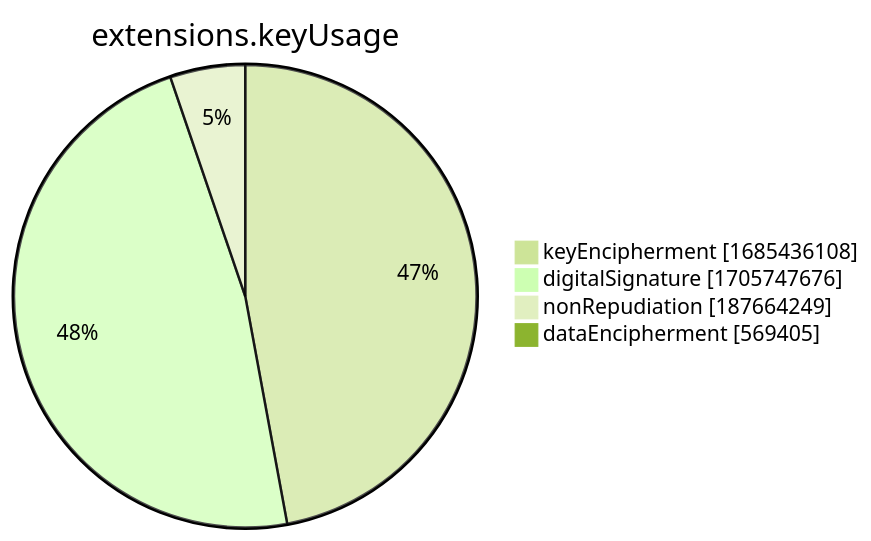
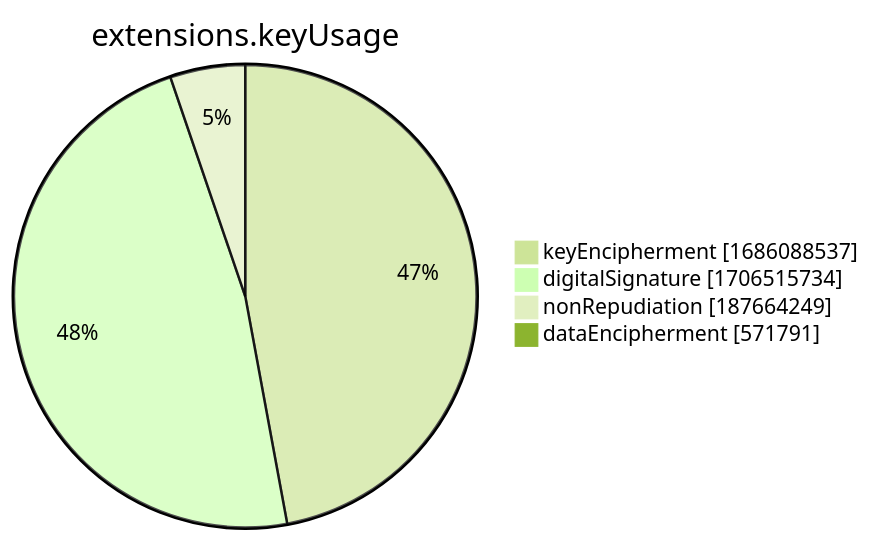
One commit to christiankrug/ctmonitor_visualization changed the seventh of 15 diagrams in xenon2022/README.md. Above: the diagram before and after it, drawn with Mermaid (forest theme). The commit also changed other lines of this file, not shown here.

````diff
--- a/xenon2022/README.md
+++ b/xenon2022/README.md
@@ -2857,8 +2858,8 @@
 ```mermaid
 pie showData
 title extensions.keyUsage
-"keyEncipherment" :1685436108
-"digitalSignature" :1705747676
+"keyEncipherment" :1686088537
+"digitalSignature" :1706515734
 "nonRepudiation" :187664249
-"dataEncipherment" :569405
+"dataEncipherment" :571791
 ```
````
